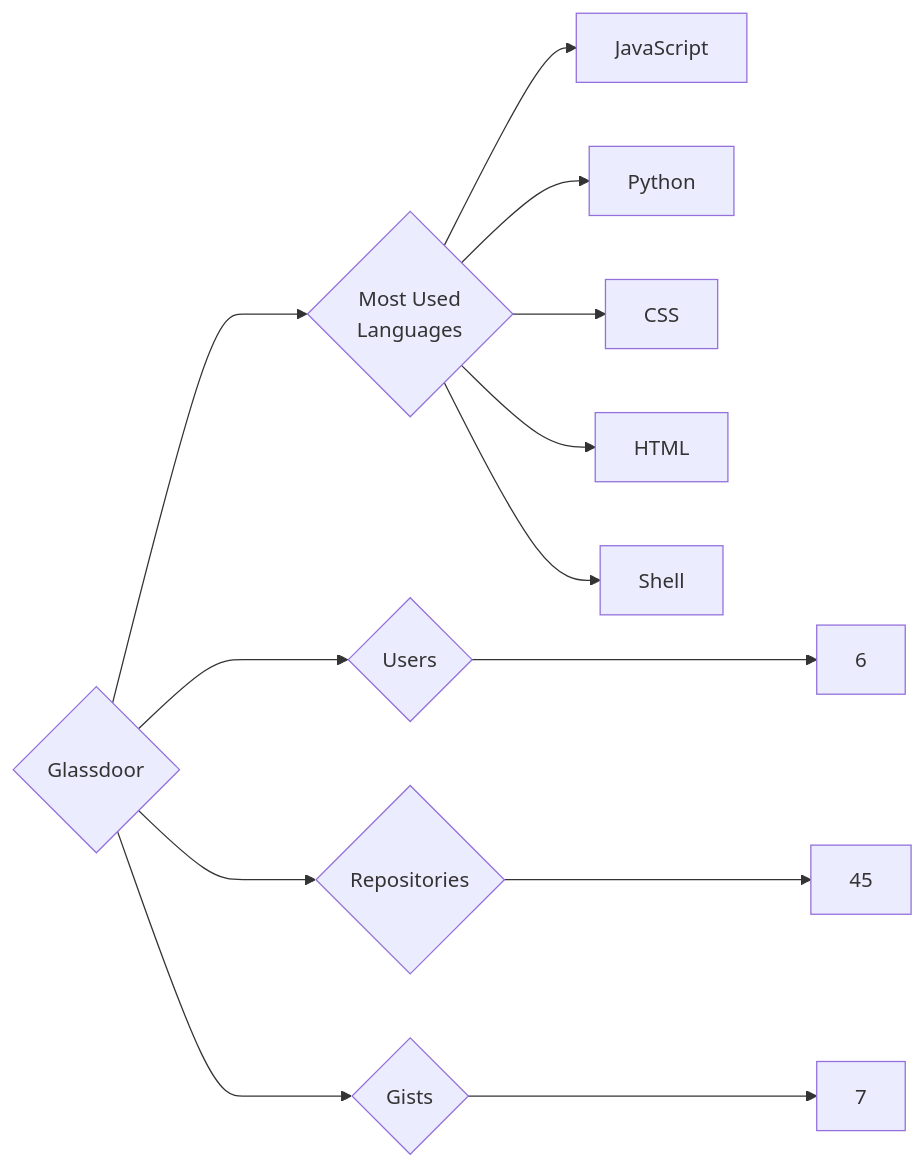
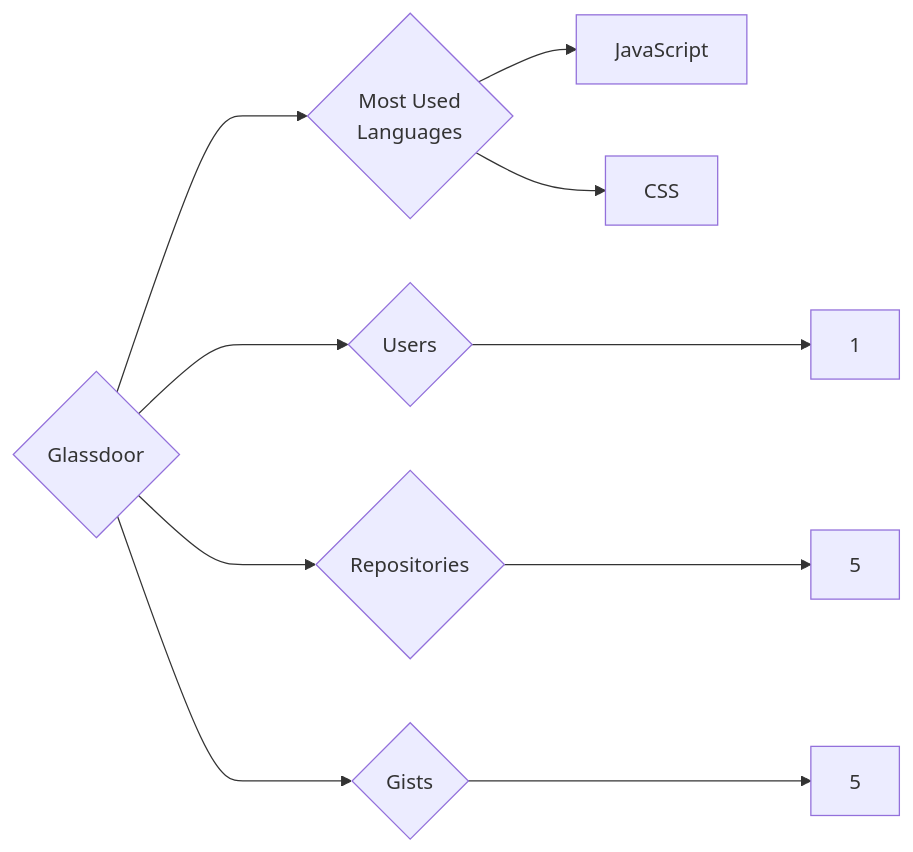
One commit to trickest/insiders changed the diagram in targets/Glassdoor/README.md. Above: the diagram before and after it, drawn with Mermaid. The commit also changed 944 other files, not shown here.

````diff
--- a/targets/Glassdoor/README.md
+++ b/targets/Glassdoor/README.md
@@ -3,13 +3,10 @@
 ```mermaid
 graph LR
 COMPANY_NAME{Glassdoor}
-COMPANY_NAME ---> U{Users} ---> UN[6]
-COMPANY_NAME ---> R{Repositories} ---> RN[45]
-COMPANY_NAME ---> G{Gists} ---> GN[7]
+COMPANY_NAME ---> U{Users} ---> UN[1]
+COMPANY_NAME ---> R{Repositories} ---> RN[5]
+COMPANY_NAME ---> G{Gists} ---> GN[5]
 COMPANY_NAME ---> ML{Most Used<br>Languages}
 ML --> JavaScript[JavaScript]
-ML --> Python[Python]
 ML --> CSS[CSS]
-ML --> HTML[HTML]
-ML --> Shell[Shell]
 ```
````
